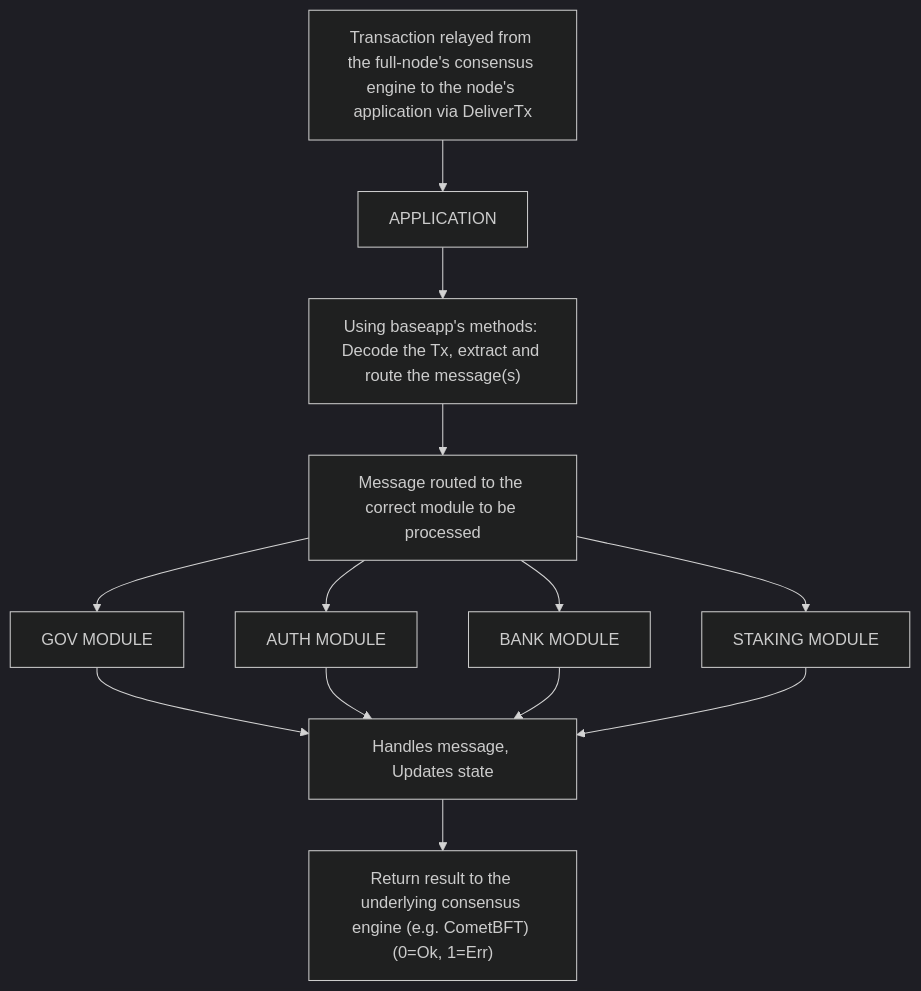
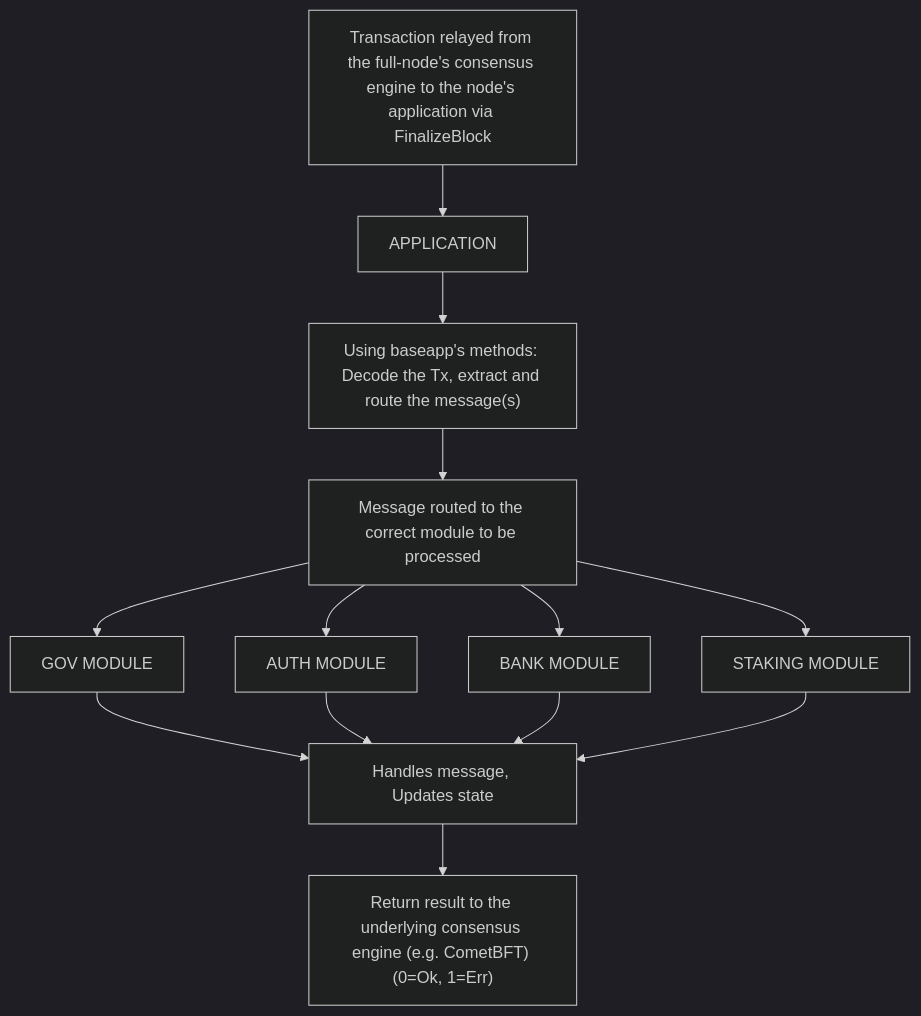
One commit to cosmos/docs changed the diagram in sdk/next/build/building-modules/intro.mdx. Above: the diagram before and after it, drawn with Mermaid (dark theme). The commit also changed other lines of this file and 44 other files, not shown here.

````diff
--- a/sdk/next/build/building-modules/intro.mdx
+++ b/sdk/next/build/building-modules/intro.mdx
@@ -27,16 +27,16 @@
 ```mermaid expandable
 flowchart TD
-    A[Transaction relayed from the full-node's consensus engine to the node's application via DeliverTx]
+    A[Transaction relayed from the full-node's consensus engine to the node's application via FinalizeBlock]
     A --> B[APPLICATION]
     B --> C["Using baseapp's methods: Decode the Tx, extract and route the message(s)"]
     C --> D[Message routed to the correct module to be processed]
     D --> E[AUTH MODULE]
     D --> F[BANK MODULE]
     D --> G[STAKING MODULE]
     D --> H[GOV MODULE]
     H --> I[Handles message, Updates state]
     E --> I
     F --> I
     G --> I
     I --> J["Return result to the underlying consensus engine (e.g. CometBFT) (0=Ok, 1=Err)"]
 ```
````
